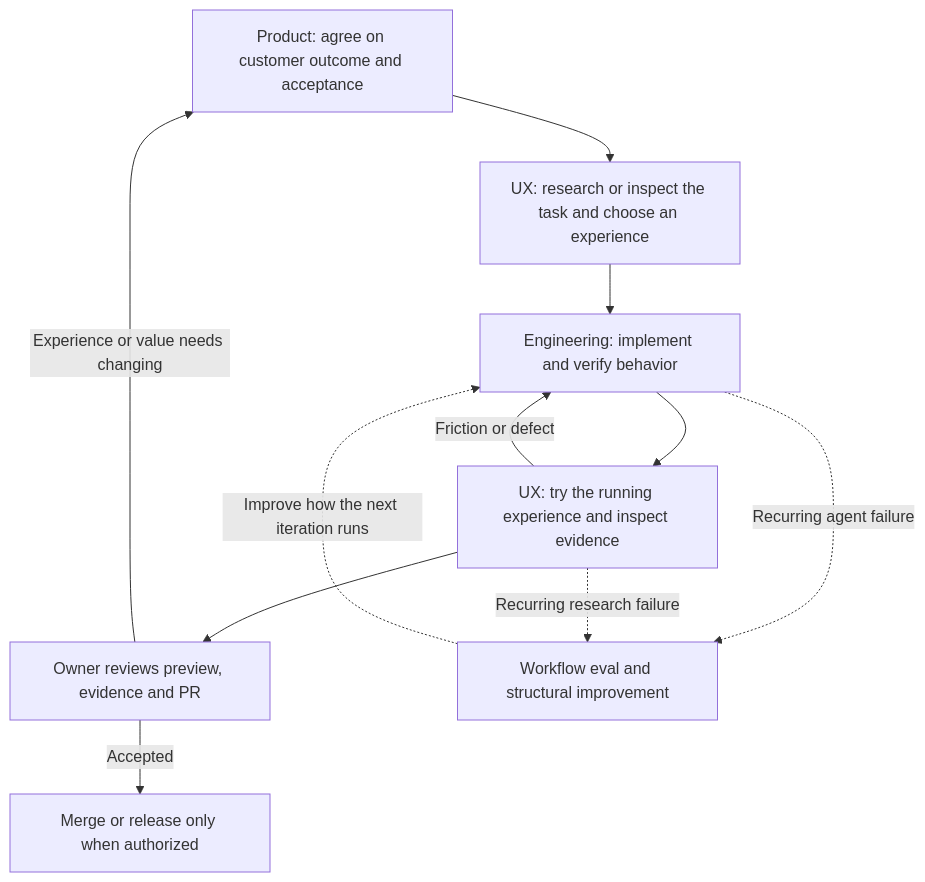
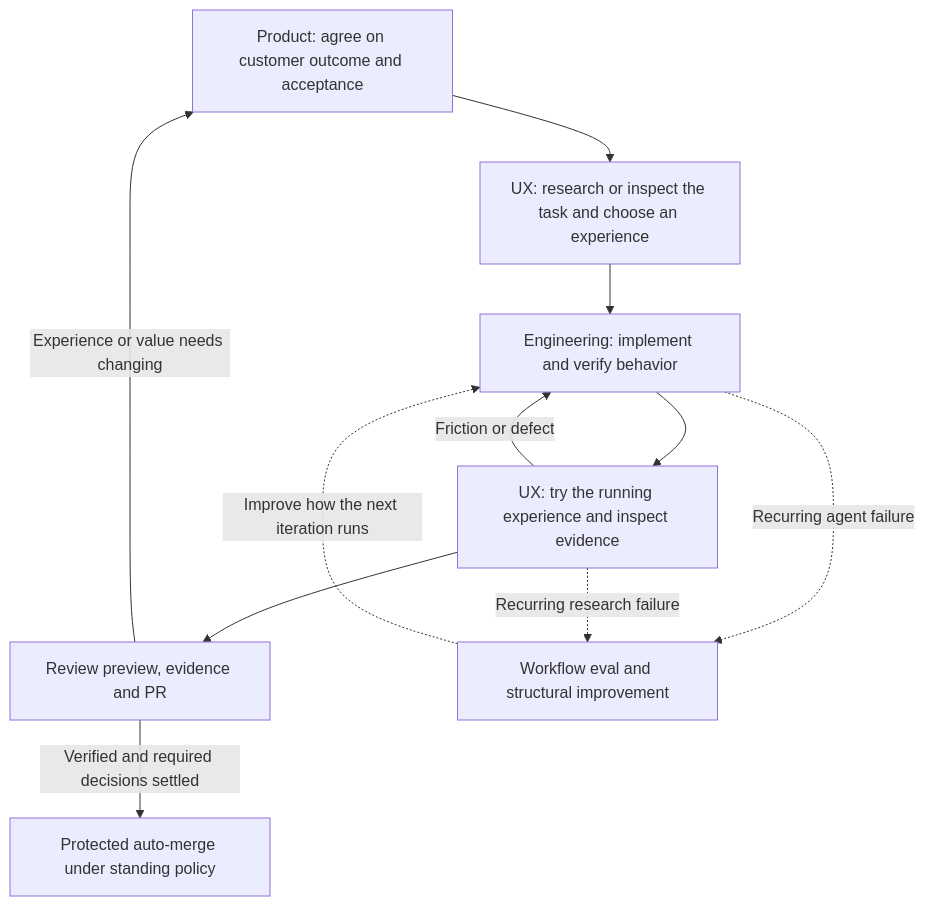
The diagram in skills/jstack/references/methodology.md (jordymarshall/jfactory), drawn with Mermaid before and after one commit. The commit also changed other lines of this file and 9 other files, not shown here.

Commit message:
Brand jfactory and default consumer PRs to protected auto-merge

````diff
--- a/skills/jstack/references/methodology.md
+++ b/skills/jstack/references/methodology.md
@@ -5,13 +5,13 @@
 ```mermaid
 flowchart TD
     P[Product: agree on customer outcome and acceptance] --> U[UX: research or inspect the task and choose an experience]
     U --> E[Engineering: implement and verify behavior]
     E --> V[UX: try the running experience and inspect evidence]
     V -->|Friction or defect| E
-    V --> R[Owner reviews preview, evidence and PR]
+    V --> R[Review preview, evidence and PR]
     R -->|Experience or value needs changing| P
-    R -->|Accepted| A[Merge or release only when authorized]
+    R -->|Verified and required decisions settled| A[Protected auto-merge under standing policy]
     E -. Recurring agent failure .-> W[Workflow eval and structural improvement]
     V -. Recurring research failure .-> W
     W -. Improve how the next iteration runs .-> E
 ```
````
